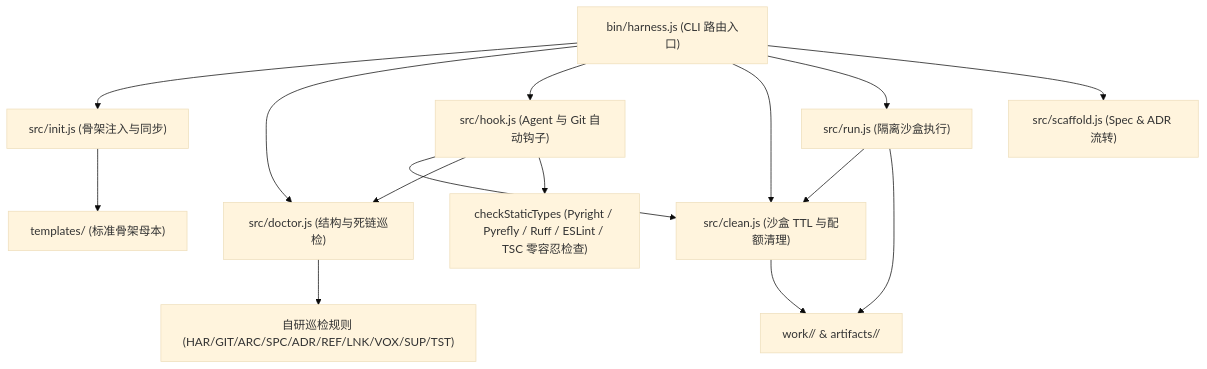
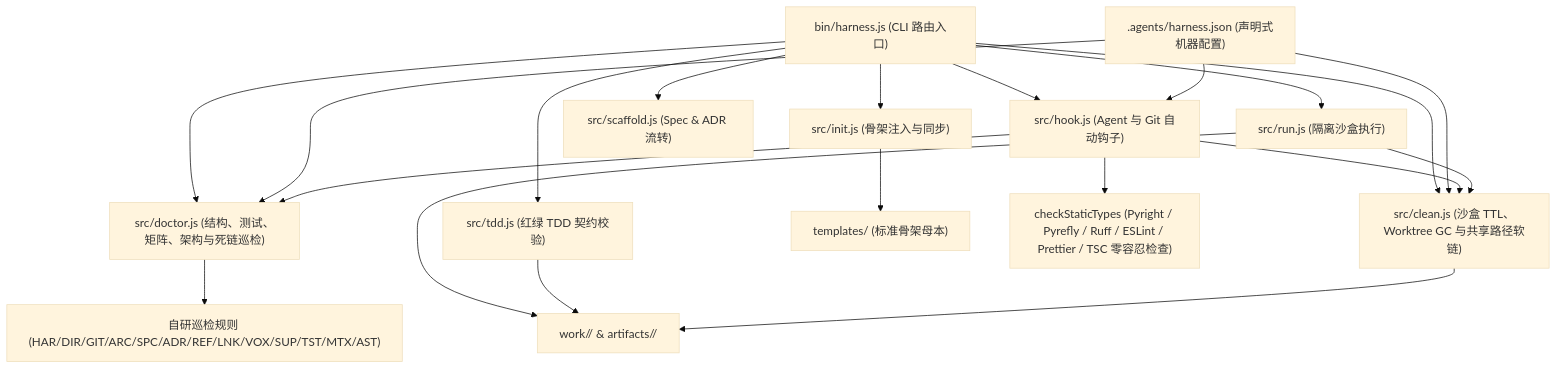
One commit to nanzhi84/yoryon-harness changed the first of 2 diagrams in docs/architecture/overview.md. Above: the diagram before and after it, drawn with Mermaid (base theme). The commit also changed other lines of this file and 20 other files, not shown here.

Commit message:
feat: implement PROP-01 to PROP-12 cross-repo harness guardrails and TDD verifier

````diff
--- a/docs/architecture/overview.md
+++ b/docs/architecture/overview.md
@@ -7,18 +7,24 @@
 ```mermaid
 flowchart TD
     CLI["bin/harness.js (CLI 路由入口)"] --> Init["src/init.js (骨架注入与同步)"]
-    CLI --> Doctor["src/doctor.js (结构与死链巡检)"]
+    CLI --> Doctor["src/doctor.js (结构、测试、矩阵、架构与死链巡检)"]
     CLI --> Hook["src/hook.js (Agent 与 Git 自动钩子)"]
-    CLI --> Clean["src/clean.js (沙盒 TTL 与配额清理)"]
+    CLI --> Clean["src/clean.js (沙盒 TTL、Worktree GC 与共享路径软链)"]
     CLI --> Run["src/run.js (隔离沙盒执行)"]
+    CLI --> Tdd["src/tdd.js (红绿 TDD 契约校验)"]
     CLI --> Scaffold["src/scaffold.js (Spec & ADR 流转)"]
+
+    Config[".agents/harness.json (声明式机器配置)"] --> Doctor
+    Config --> Hook
+    Config --> Clean
 
     Init --> Tpl["templates/ (标准骨架母本)"]
     Hook --> Clean
     Hook --> Doctor
-    Hook --> TypeCheck["checkStaticTypes (Pyright / Pyrefly / Ruff / ESLint / TSC 零容忍检查)"]
+    Hook --> TypeCheck["checkStaticTypes (Pyright / Pyrefly / Ruff / ESLint / Prettier / TSC 零容忍检查)"]
     Run --> Clean
-    Doctor --> Rules["自研巡检规则 (HAR/GIT/ARC/SPC/ADR/REF/LNK/VOX/SUP/TST)"]
+    Doctor --> Rules["自研巡检规则 (HAR/DIR/GIT/ARC/SPC/ADR/REF/LNK/VOX/SUP/TST/MTX/AST)"]
     Run --> Sandbox["work/<run-id>/ & artifacts/<run-id>/"]
+    Tdd --> Sandbox
     Clean --> Sandbox
 ```
````
